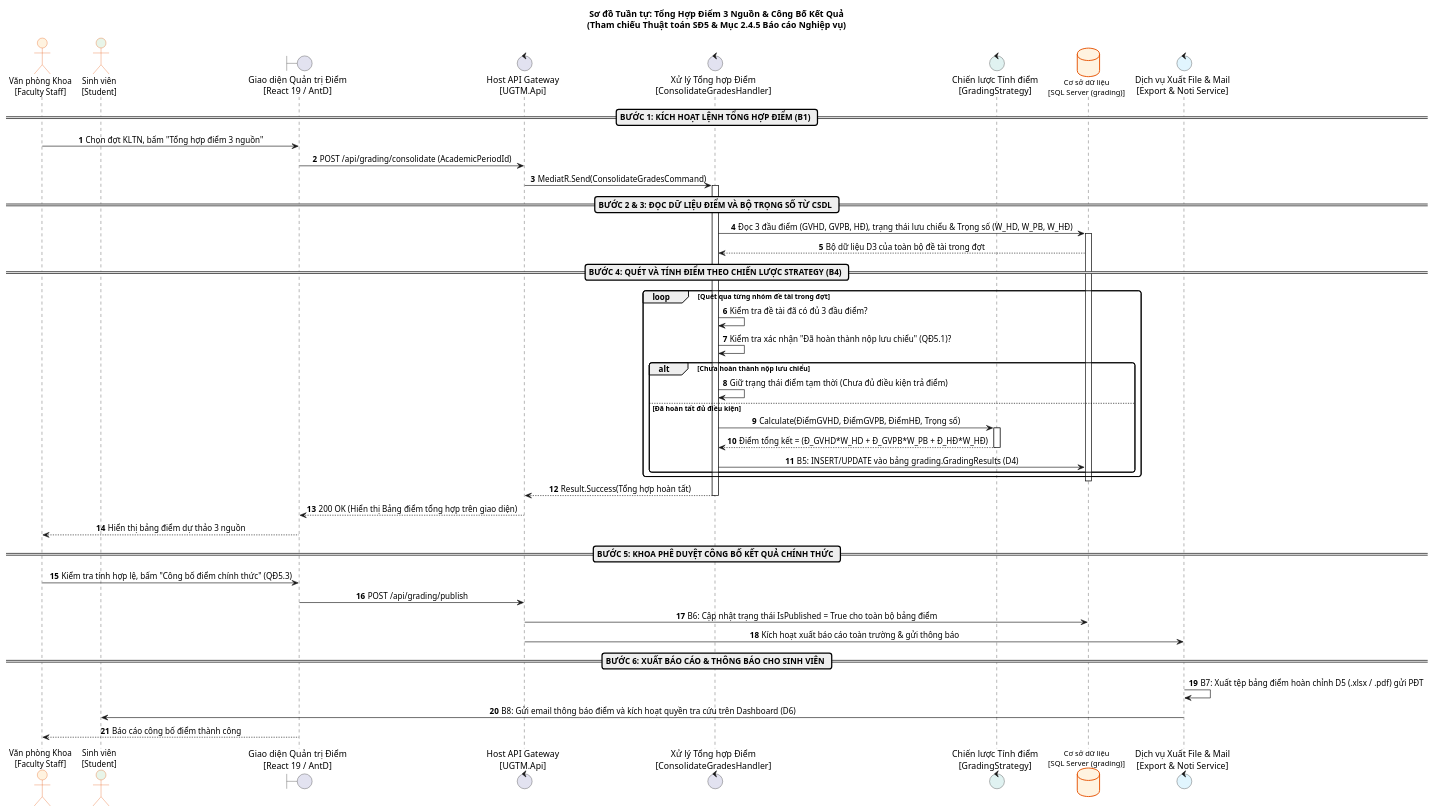
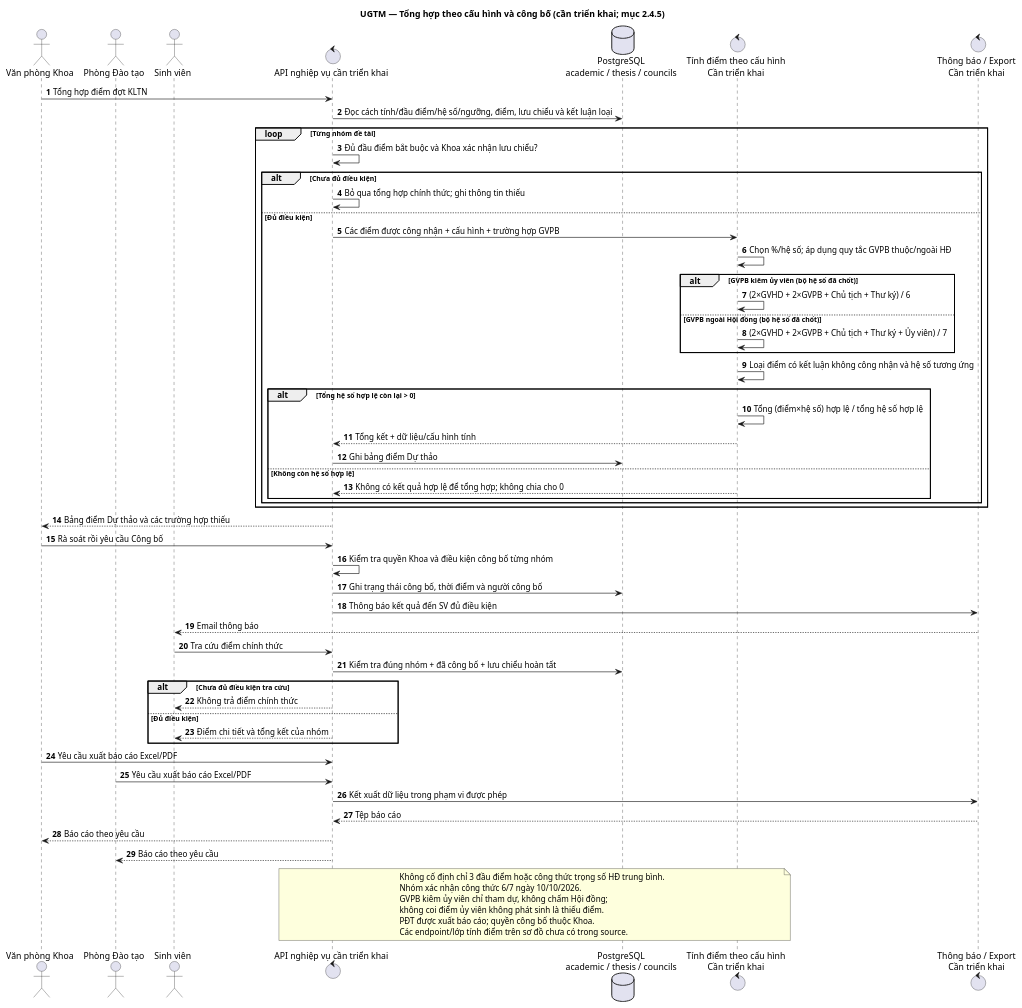
The diagram in docs/PlantUML/Sequences/SD5_TongHopDiem_CongBo.puml (karasuma-2401/UGTM), drawn with PlantUML before and after one commit. The commit also changed 324 other files, not shown here.

```diff
--- a/docs/PlantUML/Sequences/SD5_TongHopDiem_CongBo.puml
+++ b/docs/PlantUML/Sequences/SD5_TongHopDiem_CongBo.puml
@@ -1,83 +1,63 @@
 @startuml SD5_TongHopDiem_CongBo
+skinparam shadowing false
 autonumber
-skinparam roundcorner 8
-skinparam shadowing false
-skinparam sequenceMessageAlign center
-
-skinparam actor {
-    BackgroundColor #FFF3E0
-    BorderColor #E65100
-    FontName Arial
-    FontSize 13
-}
-
-skinparam participant {
-    BackgroundColor #FFFFFF
-    BorderColor #1E88E5
-    FontName Arial
-    FontSize 12
-}
-
-skinparam database {
-    BackgroundColor #FFF3E0
-    BorderColor #E65100
-    FontName Arial
-    FontSize 12
-}
-
-title Sơ đồ Tuần tự: Tổng Hợp Điểm 3 Nguồn & Công Bố Kết Quả\n(Tham chiếu Thuật toán SĐ5 & Mục 2.4.5 Báo cáo Nghiệp vụ)
-
-actor "Văn phòng Khoa\n[Faculty Staff]" as Faculty
-actor "Sinh viên\n[Student]" as Student #E8F5E9
-boundary "Giao diện Quản trị Điểm\n[React 19 / AntD]" as SPA
-control "Host API Gateway\n[UGTM.Api]" as API
-control "Xử lý Tổng hợp Điểm\n[ConsolidateGradesHandler]" as Handler
-control "Chiến lược Tính điểm\n[GradingStrategy]" as Strategy #E0F2F1
-database "Cơ sở dữ liệu\n[SQL Server (grading)]" as DB
-control "Dịch vụ Xuất File & Mail\n[Export & Noti Service]" as Service #E1F5FE
-
-== BƯỚC 1: KÍCH HOẠT LỆNH TỔNG HỢP ĐIỂM (B1) ==
-Faculty -> SPA: Chọn đợt KLTN, bấm "Tổng hợp điểm 3 nguồn"
-SPA -> API: POST /api/grading/consolidate (AcademicPeriodId)
-API -> Handler: MediatR.Send(ConsolidateGradesCommand)
-activate Handler
-
-== BƯỚC 2 & 3: ĐỌC DỮ LIỆU ĐIỂM VÀ BỘ TRỌNG SỐ TỪ CSDL ==
-Handler -> DB: Đọc 3 đầu điểm (GVHD, GVPB, HĐ), trạng thái lưu chiểu & Trọng số (W_HD, W_PB, W_HĐ)
-activate DB
-DB --> Handler: Bộ dữ liệu D3 của toàn bộ đề tài trong đợt
-
-== BƯỚC 4: QUÉT VÀ TÍNH ĐIỂM THEO CHIẾN LƯỢC STRATEGY (B4) ==
-loop Quét qua từng nhóm đề tài trong đợt
-    Handler -> Handler: Kiểm tra đề tài đã có đủ 3 đầu điểm?
-    Handler -> Handler: Kiểm tra xác nhận "Đã hoàn thành nộp lưu chiểu" (QĐ5.1)?
-    
-    alt Chưa hoàn thành nộp lưu chiểu
-        Handler -> Handler: Giữ trạng thái điểm tạm thời (Chưa đủ điều kiện trả điểm)
-    else Đã hoàn tất đủ điều kiện
-        Handler -> Strategy: Calculate(ĐiểmGVHD, ĐiểmGVPB, ĐiểmHĐ, Trọng số)
-        activate Strategy
-        Strategy --> Handler: Điểm tổng kết = (Đ_GVHD*W_HD + Đ_GVPB*W_PB + Đ_HĐ*W_HĐ)
-        deactivate Strategy
-        Handler -> DB: B5: INSERT/UPDATE vào bảng grading.GradingResults (D4)
-    end
+title UGTM — Tổng hợp theo cấu hình và công bố (cần triển khai; mục 2.4.5)
+actor "Văn phòng Khoa" as Faculty
+actor "Phòng Đào tạo" as AA
+actor "Sinh viên" as SV
+control "API nghiệp vụ cần triển khai" as API
+database "PostgreSQL\nacademic / thesis / councils" as DB
+control "Tính điểm theo cấu hình\nCần triển khai" as Calc
+control "Thông báo / Export\nCần triển khai" as Service
+Faculty -> API : Tổng hợp điểm đợt KLTN
+API -> DB : Đọc cách tính/đầu điểm/hệ số/ngưỡng, điểm, lưu chiểu và kết luận loại
+loop Từng nhóm đề tài
+ API -> API : Đủ đầu điểm bắt buộc và Khoa xác nhận lưu chiểu?
+ alt Chưa đủ điều kiện
+  API -> API : Bỏ qua tổng hợp chính thức; ghi thông tin thiếu
+ else Đủ điều kiện
+  API -> Calc : Các điểm được công nhận + cấu hình + trường hợp GVPB
+  Calc -> Calc : Chọn %/hệ số; áp dụng quy tắc GVPB thuộc/ngoài HĐ
+  alt GVPB kiêm ủy viên (bộ hệ số đã chốt)
+   Calc -> Calc : (2×GVHD + 2×GVPB + Chủ tịch + Thư ký) / 6
+  else GVPB ngoài Hội đồng (bộ hệ số đã chốt)
+   Calc -> Calc : (2×GVHD + 2×GVPB + Chủ tịch + Thư ký + Ủy viên) / 7
+  end
+  Calc -> Calc : Loại điểm có kết luận không công nhận và hệ số tương ứng
+  alt Tổng hệ số hợp lệ còn lại > 0
+   Calc -> Calc : Tổng (điểm×hệ số) hợp lệ / tổng hệ số hợp lệ
+   Calc --> API : Tổng kết + dữ liệu/cấu hình tính
+   API -> DB : Ghi bảng điểm Dự thảo
+  else Không còn hệ số hợp lệ
+   Calc --> API : Không có kết quả hợp lệ để tổng hợp; không chia cho 0
+  end
+ end
 end
-deactivate DB
-
-Handler --> API: Result.Success(Tổng hợp hoàn tất)
-deactivate Handler
-API --> SPA: 200 OK (Hiển thị Bảng điểm tổng hợp trên giao diện)
-SPA --> Faculty: Hiển thị bảng điểm dự thảo 3 nguồn
-
-== BƯỚC 5: KHOA PHÊ DUYỆT CÔNG BỐ KẾT QUẢ CHÍNH THỨC ==
-Faculty -> SPA: Kiểm tra tính hợp lệ, bấm "Công bố điểm chính thức" (QĐ5.3)
-SPA -> API: POST /api/grading/publish
-API -> DB: B6: Cập nhật trạng thái IsPublished = True cho toàn bộ bảng điểm
-API -> Service: Kích hoạt xuất báo cáo toàn trường & gửi thông báo
-
-== BƯỚC 6: XUẤT BÁO CÁO & THÔNG BÁO CHO SINH VIÊN ==
-Service -> Service: B7: Xuất tệp bảng điểm hoàn chỉnh D5 (.xlsx / .pdf) gửi PĐT
-Service -> Student: B8: Gửi email thông báo điểm và kích hoạt quyền tra cứu trên Dashboard (D6)
-SPA --> Faculty: Báo cáo công bố điểm thành công
-
+API --> Faculty : Bảng điểm Dự thảo và các trường hợp thiếu
+Faculty -> API : Rà soát rồi yêu cầu Công bố
+API -> API : Kiểm tra quyền Khoa và điều kiện công bố từng nhóm
+API -> DB : Ghi trạng thái công bố, thời điểm và người công bố
+API -> Service : Thông báo kết quả đến SV đủ điều kiện
+Service --> SV : Email thông báo
+SV -> API : Tra cứu điểm chính thức
+API -> DB : Kiểm tra đúng nhóm + đã công bố + lưu chiểu hoàn tất
+alt Chưa đủ điều kiện tra cứu
+ API --> SV : Không trả điểm chính thức
+else Đủ điều kiện
+ API --> SV : Điểm chi tiết và tổng kết của nhóm
+end
+Faculty -> API : Yêu cầu xuất báo cáo Excel/PDF
+AA -> API : Yêu cầu xuất báo cáo Excel/PDF
+API -> Service : Kết xuất dữ liệu trong phạm vi được phép
+Service --> API : Tệp báo cáo
+API --> Faculty : Báo cáo theo yêu cầu
+API --> AA : Báo cáo theo yêu cầu
+note over API,Calc
+Không cố định chỉ 3 đầu điểm hoặc công thức trọng số HĐ trung bình.
+Nhóm xác nhận công thức 6/7 ngày 10/10/2026.
+GVPB kiêm ủy viên chỉ tham dự, không chấm Hội đồng;
+không coi điểm ủy viên không phát sinh là thiếu điểm.
+PĐT được xuất báo cáo; quyền công bố thuộc Khoa.
+Các endpoint/lớp tính điểm trên sơ đồ chưa có trong source.
+end note
 @enduml
```
